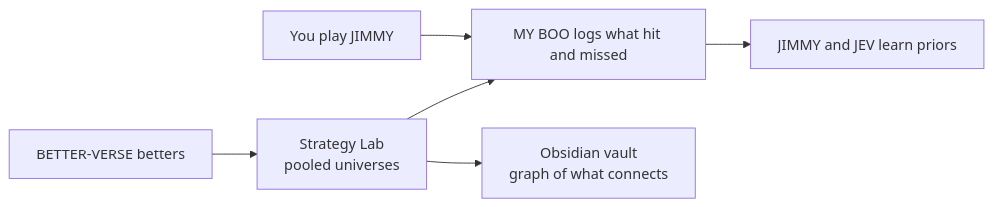
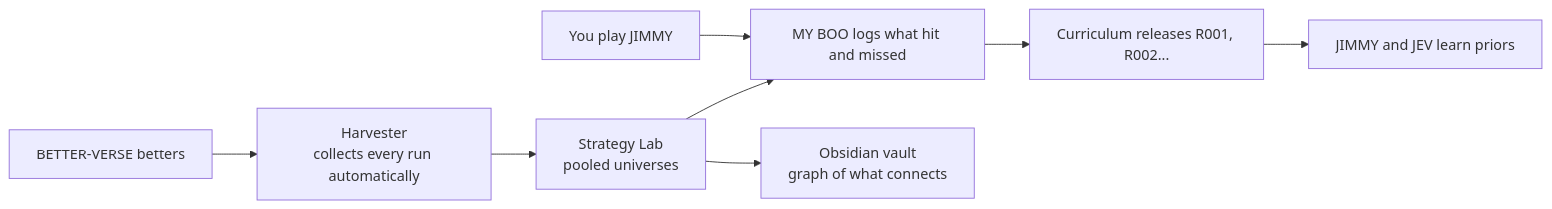
Before and after one commit to tyronne-os/Hey-Big-Proppa: the diagram in docs/PLAYBOOK.md, drawn with Mermaid. The commit also changed other lines of this file and 42 other files, not shown here.

First line of the commit message:
Save session: 3-season BETTER-VERSE, MY BOO harvester + curriculum, in-house JEV trainer, JIMMY training updates

````diff
--- a/docs/PLAYBOOK.md
+++ b/docs/PLAYBOOK.md
@@ -13,8 +13,10 @@
 ```mermaid
 flowchart LR
   P[You play JIMMY] --> L[MY BOO logs what hit and missed]
-  B[BETTER-VERSE betters] --> S[Strategy Lab<br/>pooled universes]
+  B[BETTER-VERSE betters] --> H[Harvester<br/>collects every run automatically]
+  H --> S[Strategy Lab<br/>pooled universes]
   S --> L
-  L --> J[JIMMY and JEV learn priors]
+  L --> C[Curriculum releases R001, R002...]
+  C --> J[JIMMY and JEV learn priors]
   S --> O[Obsidian vault<br/>graph of what connects]
 ```
````
